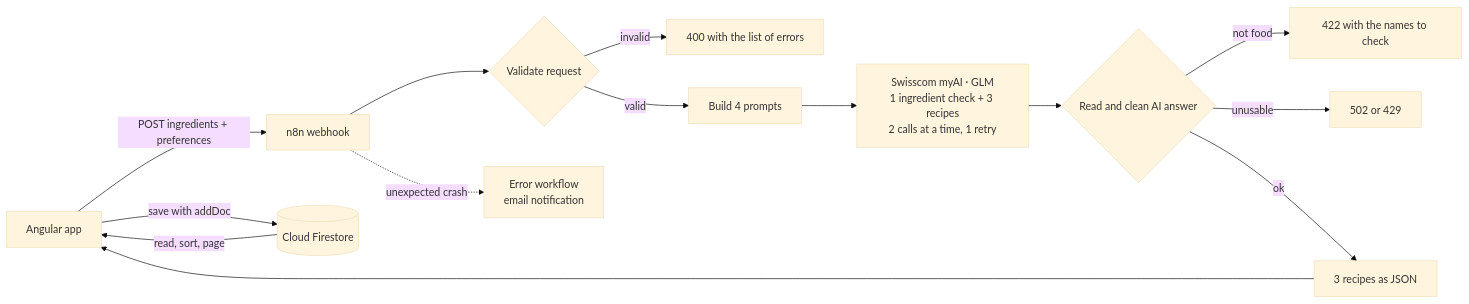
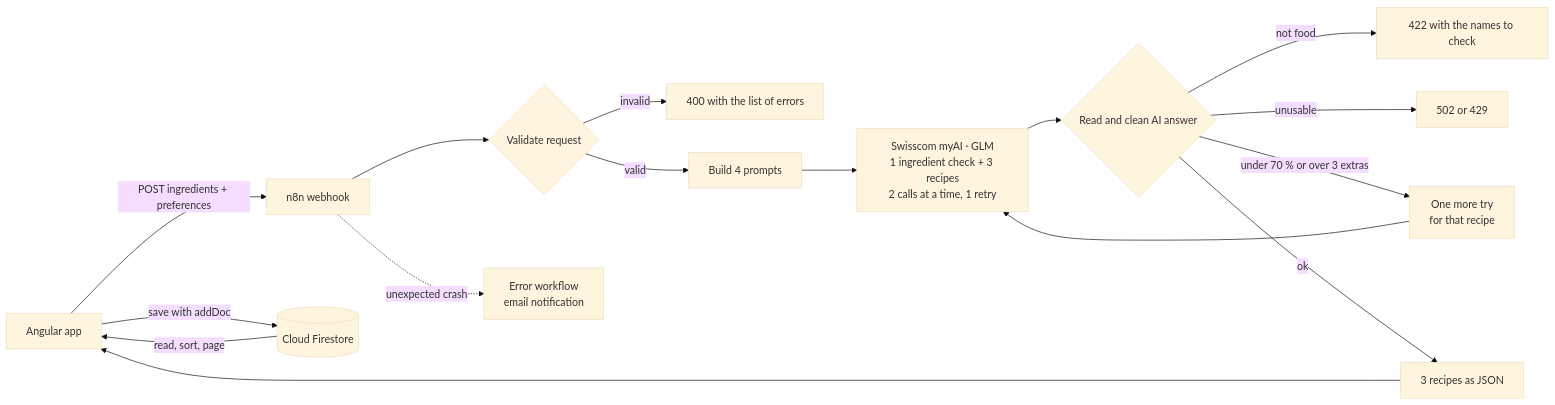
Before and after one commit to kalelfromearth/codeacuisine: the diagram in README.md, drawn with Mermaid (base theme). The commit also changed other lines of this file and 3 other files, not shown here.

Commit message:
feat: use at least 70 percent of the ingredients and at most 3 extras in every recipe

````diff
--- a/README.md
+++ b/README.md
@@ -34,16 +34,18 @@
 ```mermaid
 flowchart LR
     A[Angular app] -- "POST ingredients + preferences" --> B[n8n webhook]
     B --> C{Validate request}
     C -- invalid --> E1[400 with the list of errors]
     C -- valid --> D[Build 4 prompts]
     D --> F[Swisscom myAI · GLM<br/>1 ingredient check + 3 recipes<br/>2 calls at a time, 1 retry]
     F --> G{Read and clean AI answer}
     G -- not food --> E2[422 with the names to check]
     G -- unusable --> E3[502 or 429]
+    G -- "under 70 % or over 3 extras" --> R[One more try<br/>for that recipe]
+    R --> F
     G -- ok --> H[3 recipes as JSON]
     H --> A
     A -- "save with addDoc" --> I[(Cloud Firestore)]
     I -- "read, sort, page" --> A
     B -. unexpected crash .-> J[Error workflow<br/>email notification]
 ```
````
